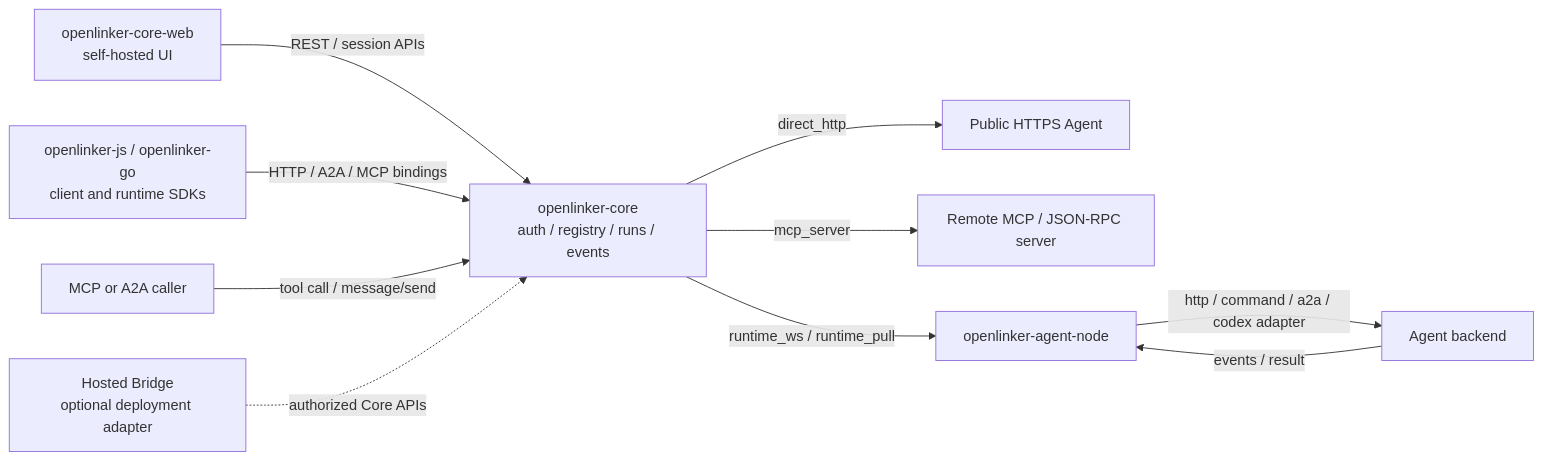
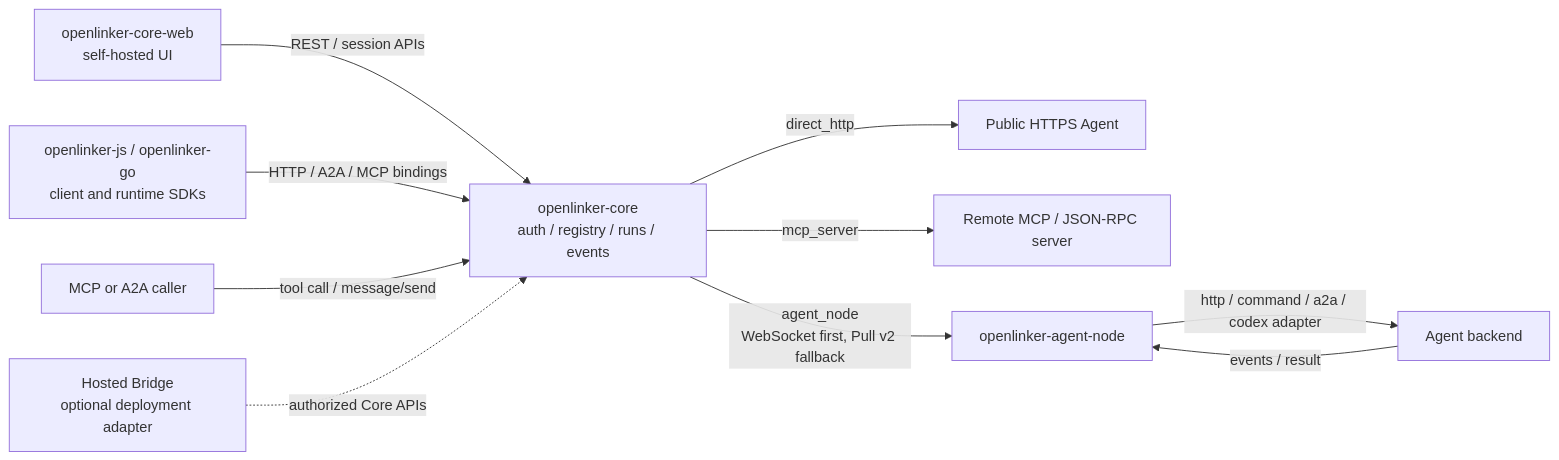
One commit to Frank-svg-dev/openlinker-core changed the first of 2 diagrams in README.md. Above: the diagram before and after it, drawn with Mermaid. The commit also changed other lines of this file and 139 other files, not shown here.

````diff
--- a/README.md
+++ b/README.md
@@ -55,16 +55,16 @@
 ```mermaid
 flowchart LR
   CoreWeb["openlinker-core-web<br/>self-hosted UI"] -->|"REST / session APIs"| Core
   SDKs["openlinker-js / openlinker-go<br/>client and runtime SDKs"] -->|"HTTP / A2A / MCP bindings"| Core
   MCPCaller["MCP or A2A caller"] -->|"tool call / message/send"| Core
 
   HostedBridge["Hosted Bridge<br/>optional deployment adapter"] -.->|"authorized Core APIs"| Core
 
   Core["openlinker-core<br/>auth / registry / runs / events"]
 
   Core -->|"direct_http"| HTTPAgent["Public HTTPS Agent"]
   Core -->|"mcp_server"| MCPAgent["Remote MCP / JSON-RPC server"]
-  Core -->|"runtime_ws / runtime_pull"| AgentNode["openlinker-agent-node"]
+  Core -->|"agent_node<br/>WebSocket first, Pull v2 fallback"| AgentNode["openlinker-agent-node"]
   AgentNode -->|"http / command / a2a / codex adapter"| Backend["Agent backend"]
   Backend -->|"events / result"| AgentNode
 ```
````
